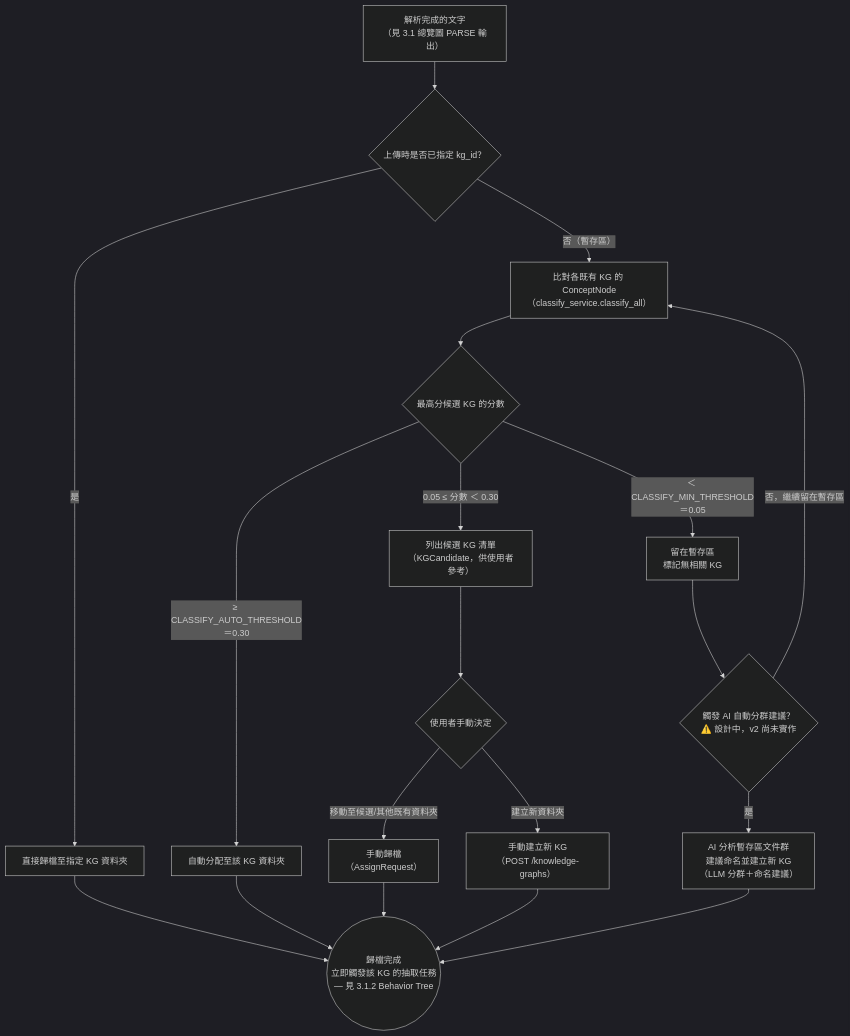
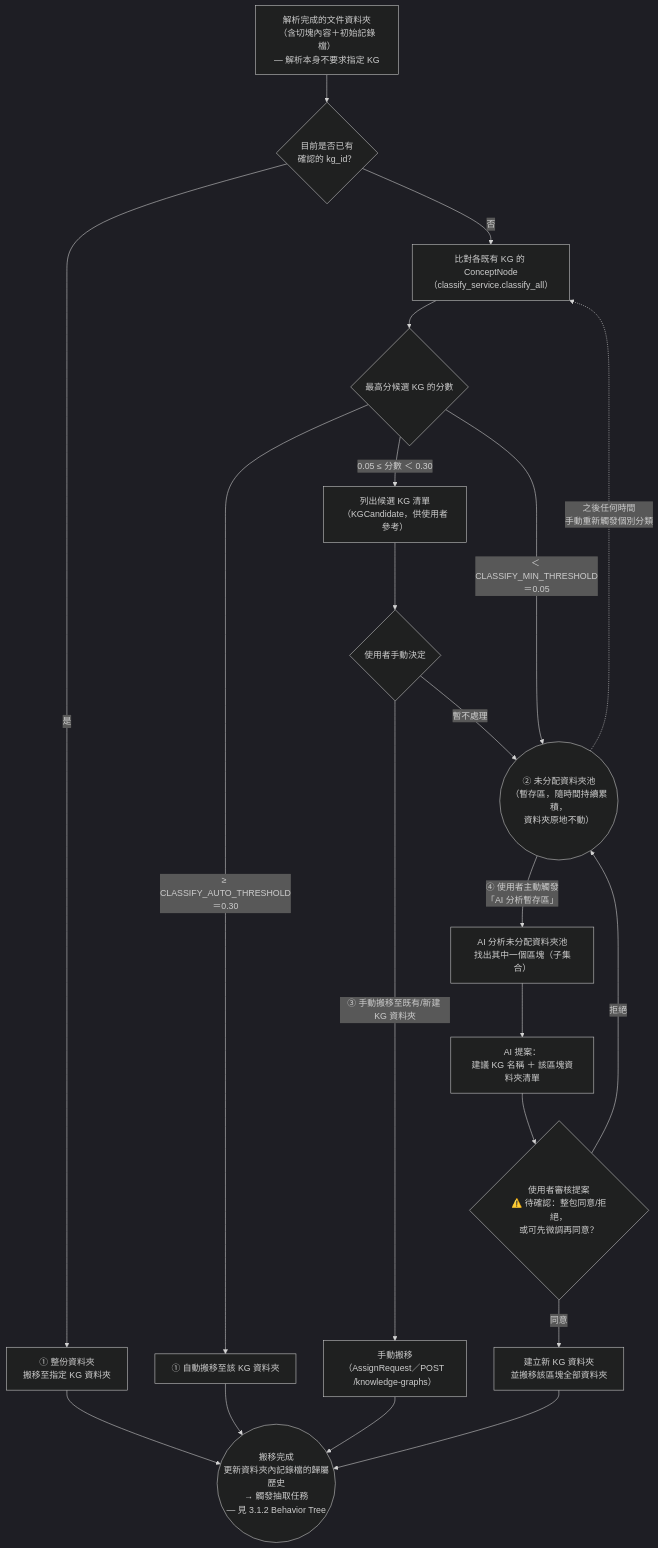
Before and after one commit to Chester930/world-knowledge-graph-rag: the second of 8 diagrams in docs/論文/03_系統設計與方法論.md, drawn with Mermaid (dark theme). The commit also changed other lines of this file, not shown here.

````diff
--- a/docs/論文/03_系統設計與方法論.md
+++ b/docs/論文/03_系統設計與方法論.md
@@ -56,22 +60,32 @@
 ```mermaid
 flowchart TD
-    TEXT["解析完成的文字<br/>（見 3.1 總覽圖 PARSE 輸出）"] --> HASKG{"上傳時是否已指定 kg_id？"}
-    HASKG -->|是| FOLDER["直接歸檔至指定 KG 資料夾"]
-    HASKG -->|"否（暫存區）"| CMP["比對各既有 KG 的 ConceptNode<br/>（classify_service.classify_all）"]
+    TEXT["解析完成的文件資料夾<br/>（含切塊內容＋初始記錄檔）<br/>— 解析本身不要求指定 KG"] --> HASKG{"目前是否已有<br/>確認的 kg_id？"}
+
+    HASKG -->|是| FOLDER["① 整份資料夾<br/>搬移至指定 KG 資料夾"]
+    HASKG -->|否| CMP["比對各既有 KG 的 ConceptNode<br/>（classify_service.classify_all）"]
+
     CMP --> SCORE2{"最高分候選 KG 的分數"}
-    SCORE2 -->|"≥ CLASSIFY_AUTO_THRESHOLD＝0.30"| AUTO["自動分配至該 KG 資料夾"]
+    SCORE2 -->|"≥ CLASSIFY_AUTO_THRESHOLD＝0.30"| AUTO["① 自動搬移至該 KG 資料夾"]
     SCORE2 -->|"0.05 ≤ 分數 ＜ 0.30"| SUGGEST["列出候選 KG 清單<br/>（KGCandidate，供使用者參考）"]
-    SCORE2 -->|"＜ CLASSIFY_MIN_THRESHOLD＝0.05"| NONE["留在暫存區<br/>標記無相關 KG"]
+    SCORE2 -->|"＜ CLASSIFY_MIN_THRESHOLD＝0.05"| POOL
+
     SUGGEST --> MANUAL{"使用者手動決定"}
-    MANUAL -->|"移動至候選/其他既有資料夾"| FOLDER2["手動歸檔<br/>（AssignRequest）"]
-    MANUAL -->|"建立新資料夾"| NEWKG1["手動建立新 KG<br/>（POST /knowledge-graphs）"]
-    NONE --> AICLUSTER{"觸發 AI 自動分群建議？<br/>⚠️ 設計中，v2 尚未實作"}
-    AICLUSTER -->|是| NEWKG2["AI 分析暫存區文件群<br/>建議命名並建立新 KG<br/>（LLM 分群＋命名建議）"]
-    AICLUSTER -->|"否，繼續留在暫存區"| CMP
-    FOLDER --> TRIGGER
-    AUTO --> TRIGGER
-    FOLDER2 --> TRIGGER
-    NEWKG1 --> TRIGGER
-    NEWKG2 --> TRIGGER
-    TRIGGER(("歸檔完成<br/>立即觸發該 KG 的抽取任務<br/>— 見 3.1.2 Behavior Tree"))
+    MANUAL -->|"③ 手動搬移至既有/新建 KG 資料夾"| FOLDER2["手動搬移<br/>（AssignRequest／POST /knowledge-graphs）"]
+    MANUAL -->|"暫不處理"| POOL
+
+    POOL(("② 未分配資料夾池<br/>（暫存區，隨時間持續累積，<br/>資料夾原地不動）"))
+    POOL -.->|"之後任何時間<br/>手動重新觸發個別分類"| CMP
+
+    POOL -->|"④ 使用者主動觸發<br/>「AI 分析暫存區」"| AICLUSTER["AI 分析未分配資料夾池<br/>找出其中一個區塊（子集合）"]
+    AICLUSTER --> PROPOSAL["AI 提案：<br/>建議 KG 名稱 ＋ 該區塊資料夾清單"]
+    PROPOSAL --> REVIEW{"使用者審核提案<br/>⚠️ 待確認：整包同意/拒絕，<br/>或可先微調再同意？"}
+    REVIEW -->|同意| NEWKG3["建立新 KG 資料夾<br/>並搬移該區塊全部資料夾"]
+    REVIEW -->|拒絕| POOL
+
+    FOLDER --> RECORD
+    AUTO --> RECORD
+    FOLDER2 --> RECORD
+    NEWKG3 --> RECORD
+
+    RECORD(("搬移完成<br/>更新資料夾內記錄檔的歸屬歷史<br/>→ 觸發抽取任務<br/>— 見 3.1.2 Behavior Tree"))
 ```
````
